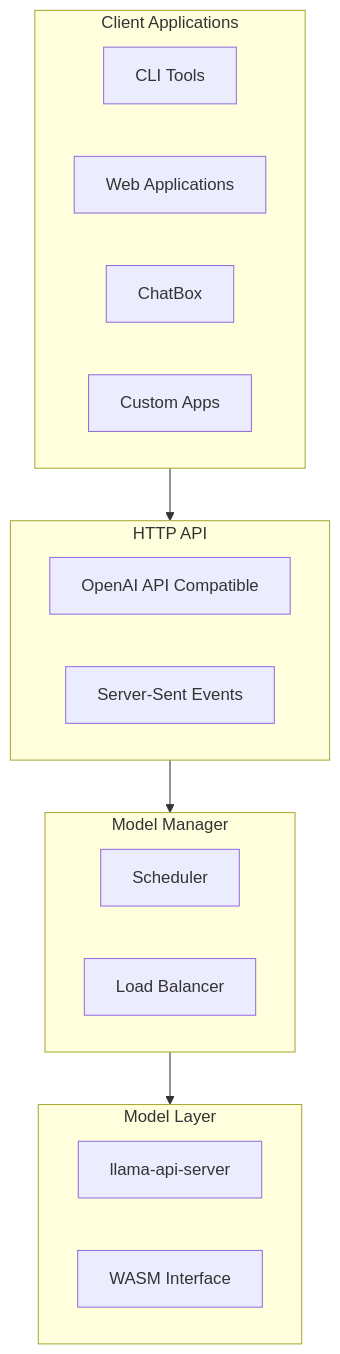
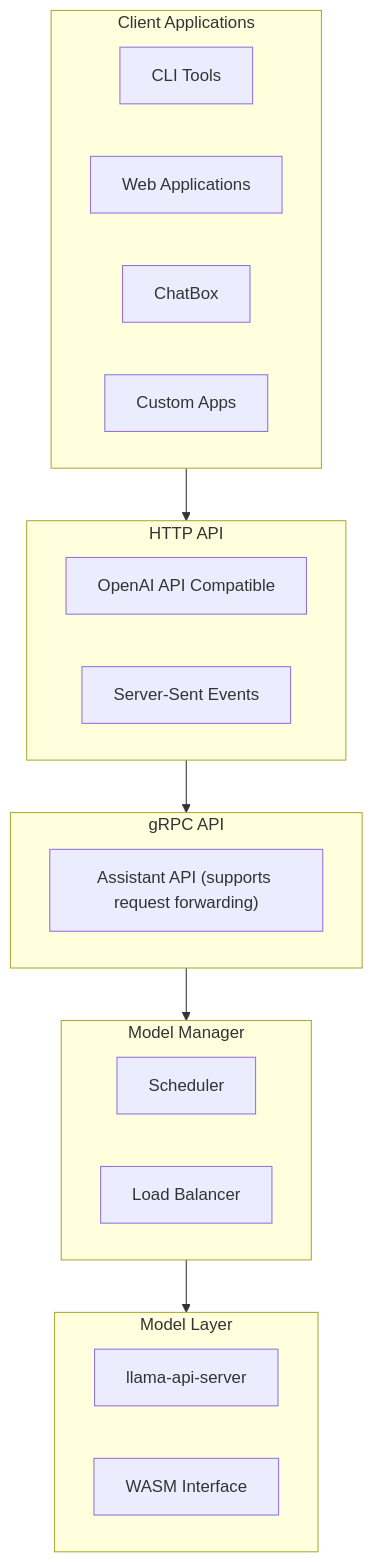
One commit to jokemanfire/assistant changed the diagram in README.md. Above: the diagram before and after it, drawn with Mermaid. The commit also changed 1 other file, not shown here.

````diff
--- a/README.md
+++ b/README.md
@@ -7,28 +7,33 @@
 ```mermaid
 flowchart TD
     subgraph clients["Client Applications"]
         cli["CLI Tools"]
         web["Web Applications"]
         chatbox["ChatBox"]
         custom["Custom Apps"]
     end
     
     subgraph http_api["HTTP API"]
         openai["OpenAI API Compatible"]
         sse["Server-Sent Events"]
     end
     
+    subgraph grpc_api["gRPC API"]
+        assistant["Assistant API (supports request forwarding)"]
+    end
+
     subgraph manager["Model Manager"]
         scheduler["Scheduler"]
         load_balance["Load Balancer"]
     end
     
     subgraph models["Model Layer"]
         llama["llama-api-server"]
         wasm["WASM Interface"]
     end
     
     clients --> http_api
-    http_api --> manager
+    http_api --> grpc_api
+    grpc_api --> manager
     manager --> models
 ```
````
